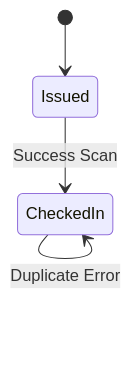
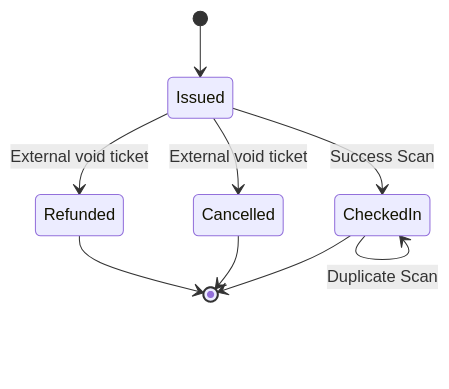
Diagram 28 of 29 in doc/UML/Phuoc_PaymentCheckin.md (SDN-Group5/Event-Ticketing-Platform), drawn with Mermaid before and after one commit. The commit also changed other lines of this file and 5 other files, not shown here.

````diff
--- a/doc/UML/Phuoc_PaymentCheckin.md
+++ b/doc/UML/Phuoc_PaymentCheckin.md
@@ -428,6 +1103,11 @@
 ```mermaid
 stateDiagram-v2
     [*] --> Issued
     Issued --> CheckedIn: Success Scan
-    CheckedIn --> CheckedIn: Duplicate Error
+    CheckedIn --> CheckedIn: Duplicate Scan
+    CheckedIn --> [*]
+    Issued --> Cancelled: External void ticket
+    Issued --> Refunded: External void ticket
+    Cancelled --> [*]
+    Refunded --> [*]
 ```
````
